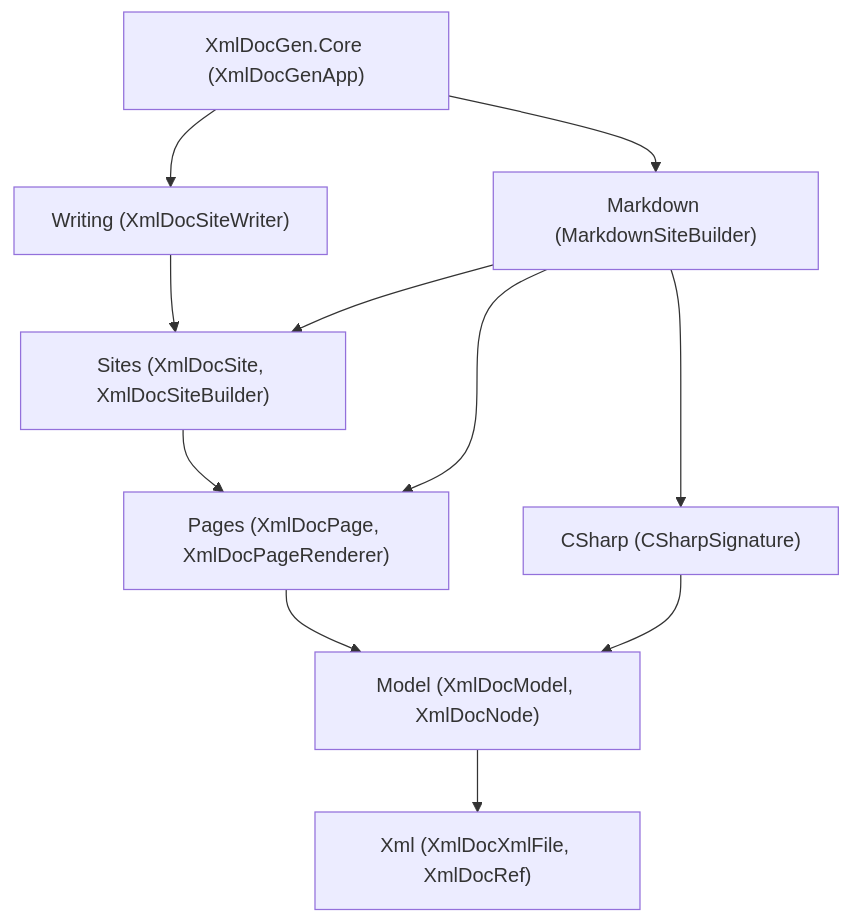
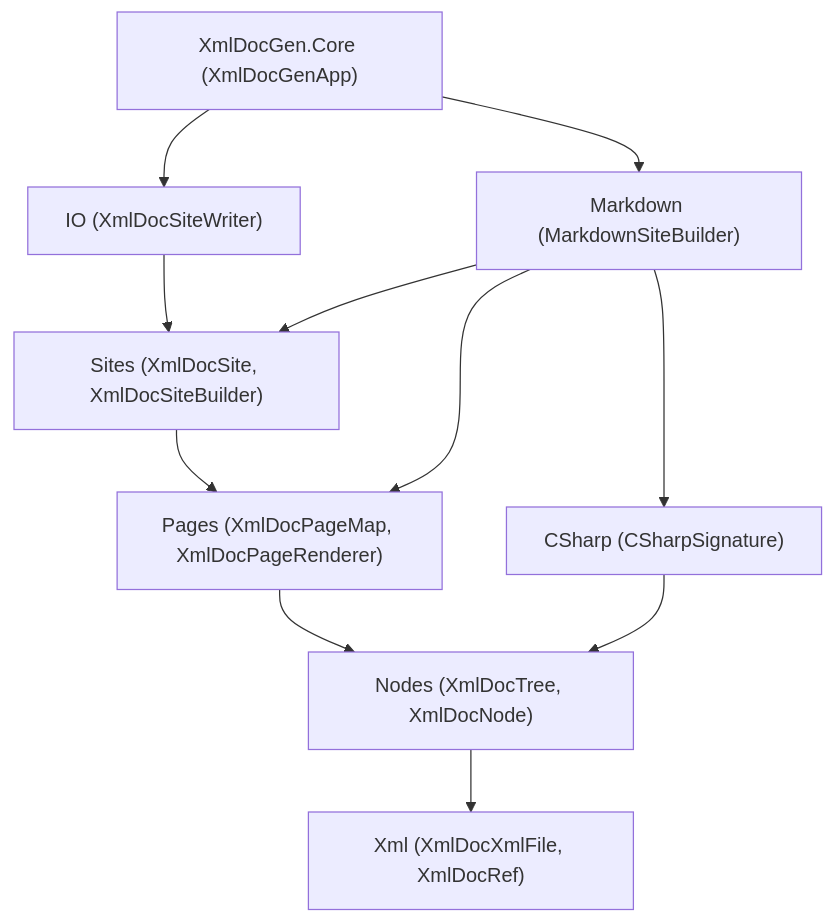
The diagram in plans/XmlDocGen.md (ejball/XmlDocMarkdown), drawn with Mermaid before and after one commit. The commit also changed other lines of this file, not shown here.

Commit message:
Revise XmlDocGen plan: rename layers, node-to-path pages, link redesign

````diff
--- a/plans/XmlDocGen.md
+++ b/plans/XmlDocGen.md
@@ -48,13 +63,13 @@
 ```mermaid
 graph TD
-    App["XmlDocGen.Core (XmlDocGenApp)"] --> Writing["Writing (XmlDocSiteWriter)"]
+    App["XmlDocGen.Core (XmlDocGenApp)"] --> IO["IO (XmlDocSiteWriter)"]
     App --> Markdown["Markdown (MarkdownSiteBuilder)"]
-    Writing --> Sites["Sites (XmlDocSite, XmlDocSiteBuilder)"]
+    IO --> Sites["Sites (XmlDocSite, XmlDocSiteBuilder)"]
     Markdown --> Sites
-    Markdown --> Pages["Pages (XmlDocPage, XmlDocPageRenderer)"]
+    Markdown --> Pages["Pages (XmlDocPageMap, XmlDocPageRenderer)"]
     Markdown --> CSharp["CSharp (CSharpSignature)"]
     Sites --> Pages
-    Pages --> Model["Model (XmlDocModel, XmlDocNode)"]
-    CSharp --> Model
-    Model --> Xml["Xml (XmlDocXmlFile, XmlDocRef)"]
+    Pages --> Nodes["Nodes (XmlDocTree, XmlDocNode)"]
+    CSharp --> Nodes
+    Nodes --> Xml["Xml (XmlDocXmlFile, XmlDocRef)"]
 ```
````
